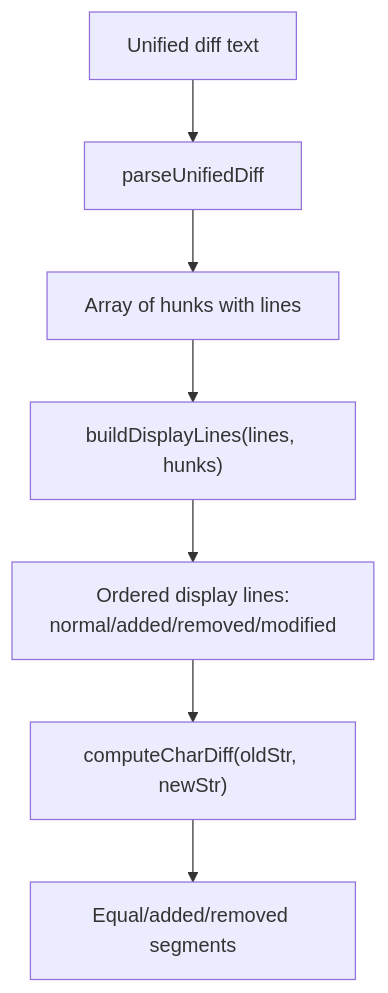
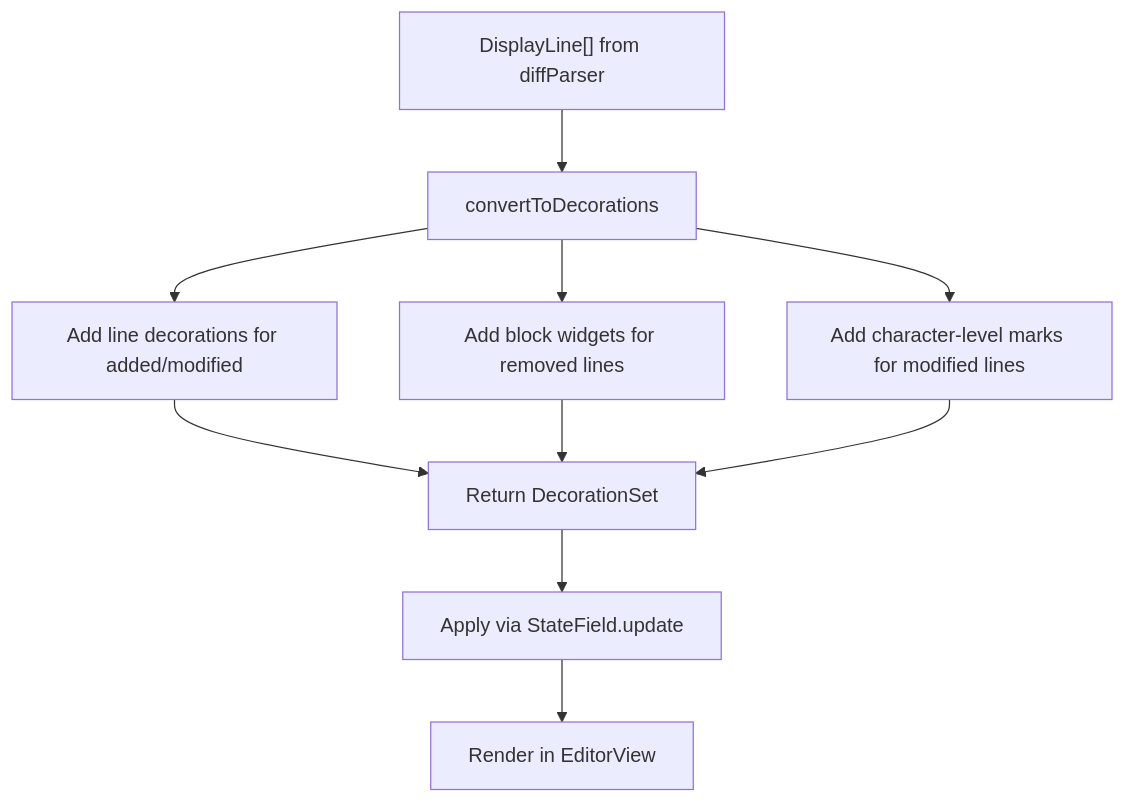
Before and after one commit to v0lka/c0wrk: the seventh of 10 diagrams in .qoder/repowiki/en/content/Frontend Application/UI Components/File Viewer Components.md, drawn with Mermaid. The commit also changed other lines of this file and 3 other files, not shown here.

````diff
--- a/.qoder/repowiki/en/content/Frontend Application/UI Components/File Viewer Components.md
+++ b/.qoder/repowiki/en/content/Frontend Application/UI Components/File Viewer Components.md
@@ -288,9 +339,12 @@
 ```mermaid
 flowchart TD
-Input["Unified diff text"] --> Parse["parseUnifiedDiff"]
-Parse --> Hunks["Array of hunks with lines"]
-Hunks --> Build["buildDisplayLines(lines, hunks)"]
-Build --> Display["Ordered display lines:<br/>normal/added/removed/modified"]
-Display --> CharDiff["computeCharDiff(oldStr, newStr)"]
-CharDiff --> Segments["Equal/added/removed segments"]
+Input["DisplayLine[] from diffParser"] --> Builder["convertToDecorations"]
+Builder --> Added["Add line decorations for added/modified"]
+Builder --> Removed["Add block widgets for removed lines"]
+Builder --> CharDiff["Add character-level marks for modified lines"]
+Added --> DecoSet["Return DecorationSet"]
+Removed --> DecoSet
+CharDiff --> DecoSet
+DecoSet --> Apply["Apply via StateField.update"]
+Apply --> View["Render in EditorView"]
 ```
````
